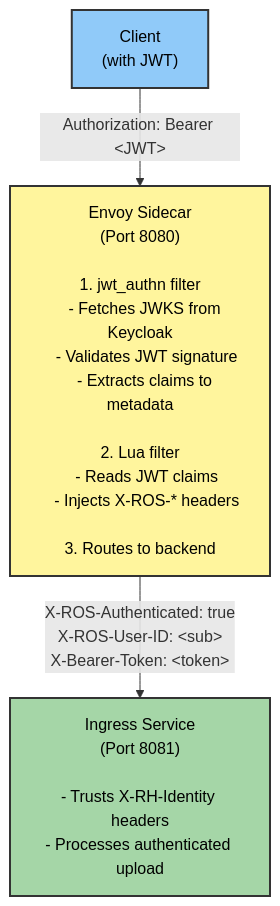
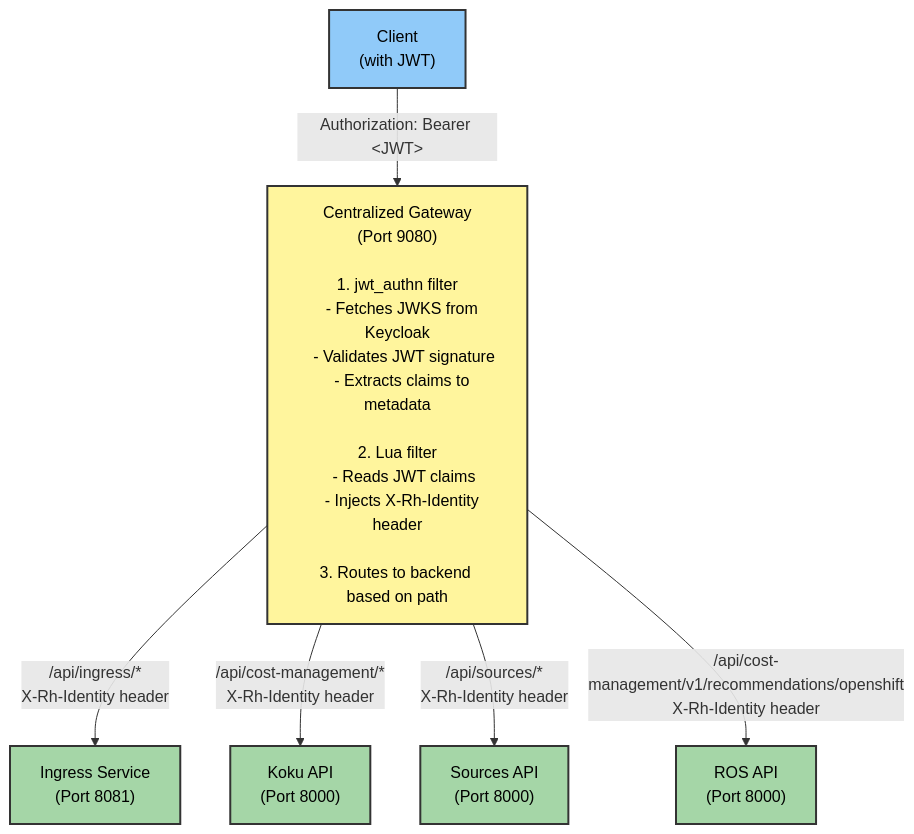
One commit to jordigilh/ros-helm-chart changed the diagram in docs/native-jwt-authentication.md. Above: the diagram before and after it, drawn with Mermaid. The commit also changed other lines of this file and 30 other files, not shown here.

First line of the commit message:
refactor(gateway): consolidate Envoy sidecars into centralized API gateway

````diff
--- a/docs/native-jwt-authentication.md
+++ b/docs/native-jwt-authentication.md
@@ -11,13 +13,22 @@
 ```mermaid
 graph TB
     Client["Client<br/>(with JWT)"]
-    Envoy["Envoy Sidecar<br/>(Port 8080)<br/><br/>1. jwt_authn filter<br/>   - Fetches JWKS from Keycloak<br/>   - Validates JWT signature<br/>   - Extracts claims to metadata<br/><br/>2. Lua filter<br/>   - Reads JWT claims<br/>   - Injects X-ROS-* headers<br/><br/>3. Routes to backend"]
-    Ingress["Ingress Service<br/>(Port 8081)<br/><br/>- Trusts X-RH-Identity headers<br/>- Processes authenticated upload"]
+    Gateway["Centralized Gateway<br/>(Port 9080)<br/><br/>1. jwt_authn filter<br/>   - Fetches JWKS from Keycloak<br/>   - Validates JWT signature<br/>   - Extracts claims to metadata<br/><br/>2. Lua filter<br/>   - Reads JWT claims<br/>   - Injects X-Rh-Identity header<br/><br/>3. Routes to backend based on path"]
+    Ingress["Ingress Service<br/>(Port 8081)"]
+    Koku["Koku API<br/>(Port 8000)"]
+    Sources["Sources API<br/>(Port 8000)"]
+    RosApi["ROS API<br/>(Port 8000)"]
 
-    Client -->|"Authorization: Bearer &lt;JWT&gt;"| Envoy
-    Envoy -->|"X-ROS-Authenticated: true<br/>X-ROS-User-ID: &lt;sub&gt;<br/>X-Bearer-Token: &lt;token&gt;"| Ingress
+    Client -->|"Authorization: Bearer &lt;JWT&gt;"| Gateway
+    Gateway -->|"/api/ingress/*<br/>X-Rh-Identity header"| Ingress
+    Gateway -->|"/api/cost-management/*<br/>X-Rh-Identity header"| Koku
+    Gateway -->|"/api/sources/*<br/>X-Rh-Identity header"| Sources
+    Gateway -->|"/api/cost-management/v1/recommendations/openshift<br/>X-Rh-Identity header"| RosApi
 
     style Client fill:#90caf9,stroke:#333,stroke-width:2px,color:#000
-    style Envoy fill:#fff59d,stroke:#333,stroke-width:2px,color:#000
+    style Gateway fill:#fff59d,stroke:#333,stroke-width:2px,color:#000
     style Ingress fill:#a5d6a7,stroke:#333,stroke-width:2px,color:#000
+    style Koku fill:#a5d6a7,stroke:#333,stroke-width:2px,color:#000
+    style Sources fill:#a5d6a7,stroke:#333,stroke-width:2px,color:#000
+    style RosApi fill:#a5d6a7,stroke:#333,stroke-width:2px,color:#000
 ```
````
